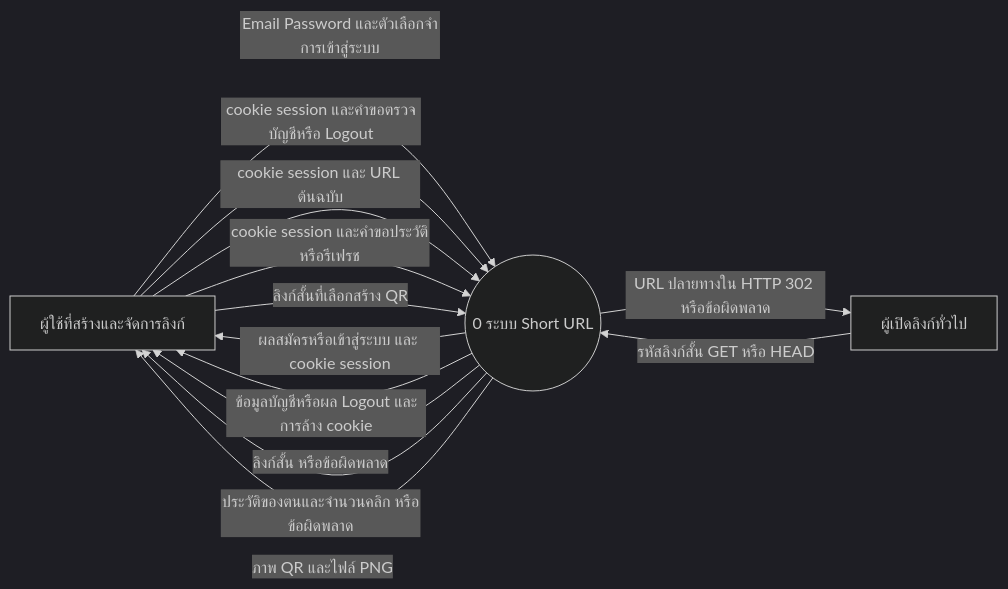
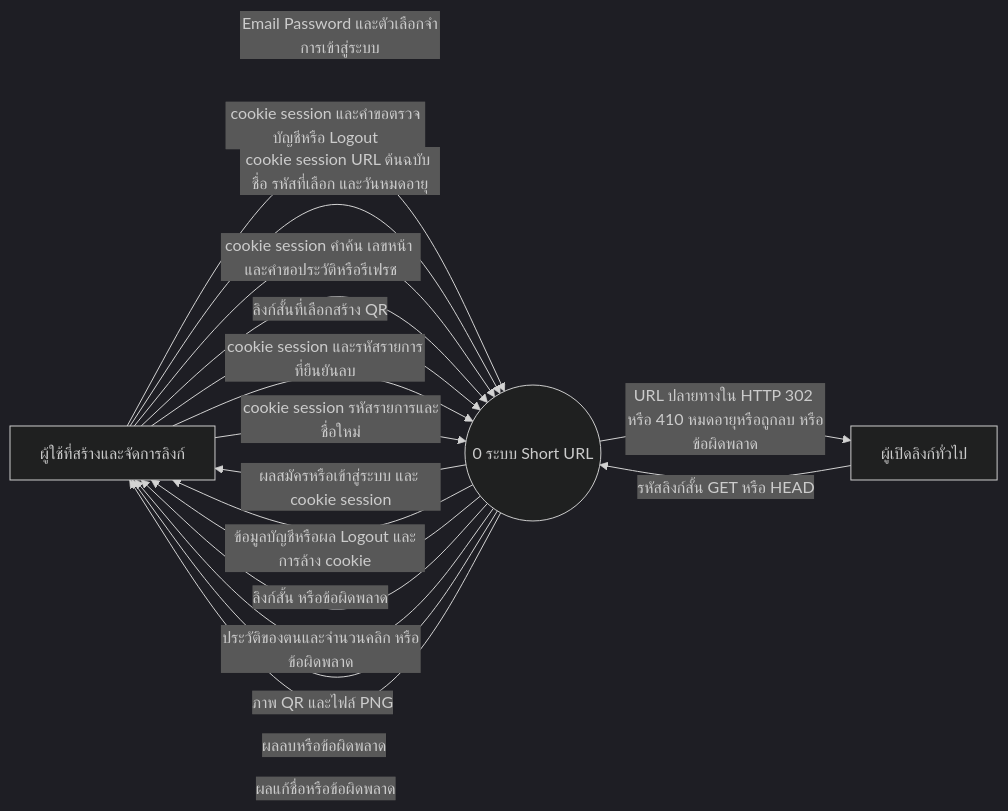
Before and after one commit to Nawaphon05/Short-Url: the first of 2 diagrams in docs/DFD.md, drawn with Mermaid (dark theme). The commit also changed other lines of this file and 21 other files, not shown here.

````diff
--- a/docs/DFD.md
+++ b/docs/DFD.md
@@ -10,18 +10,22 @@
 ```mermaid
 flowchart LR
     U[ผู้ใช้ที่สร้างและจัดการลิงก์]
     V[ผู้เปิดลิงก์ทั่วไป]
     P((0 ระบบ Short URL))
     U -->|Email Password และตัวเลือกจำการเข้าสู่ระบบ| P
     P -->|ผลสมัครหรือเข้าสู่ระบบ และ cookie session| U
     U -->|cookie session และคำขอตรวจบัญชีหรือ Logout| P
     P -->|ข้อมูลบัญชีหรือผล Logout และการล้าง cookie| U
-    U -->|cookie session และ URL ต้นฉบับ| P
+    U -->|cookie session URL ต้นฉบับ ชื่อ รหัสที่เลือก และวันหมดอายุ| P
     P -->|ลิงก์สั้น หรือข้อผิดพลาด| U
-    U -->|cookie session และคำขอประวัติหรือรีเฟรช| P
+    U -->|cookie session คำค้น เลขหน้า และคำขอประวัติหรือรีเฟรช| P
     P -->|ประวัติของตนและจำนวนคลิก หรือข้อผิดพลาด| U
     U -->|ลิงก์สั้นที่เลือกสร้าง QR| P
     P -->|ภาพ QR และไฟล์ PNG| U
+    U -->|cookie session และรหัสรายการที่ยืนยันลบ| P
+    P -->|ผลลบหรือข้อผิดพลาด| U
+    U -->|cookie session รหัสรายการและชื่อใหม่| P
+    P -->|ผลแก้ชื่อหรือข้อผิดพลาด| U
     V -->|รหัสลิงก์สั้น GET หรือ HEAD| P
-    P -->|URL ปลายทางใน HTTP 302 หรือข้อผิดพลาด| V
+    P -->|URL ปลายทางใน HTTP 302 หรือ 410 หมดอายุหรือถูกลบ หรือข้อผิดพลาด| V
 ```
````
